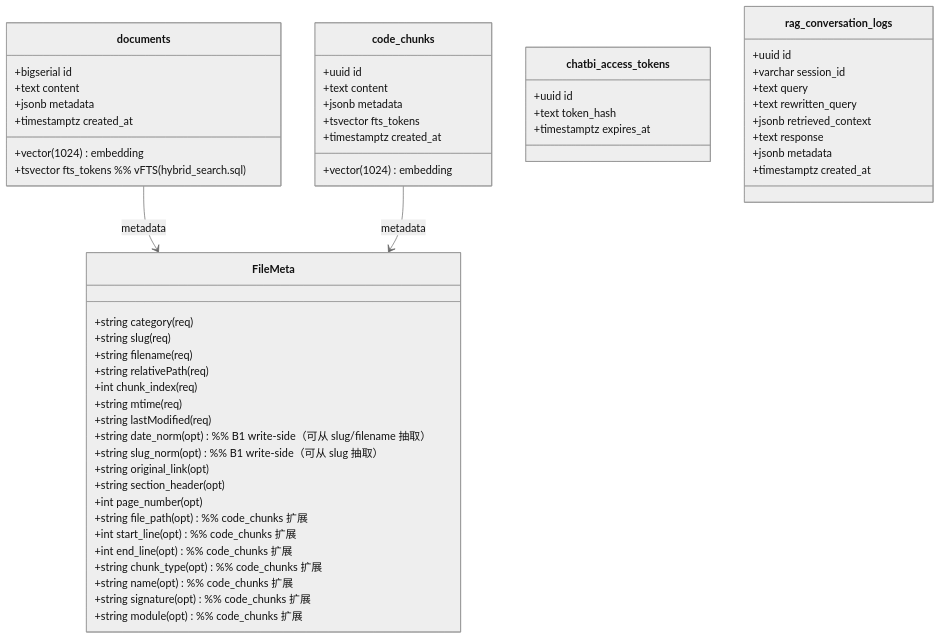
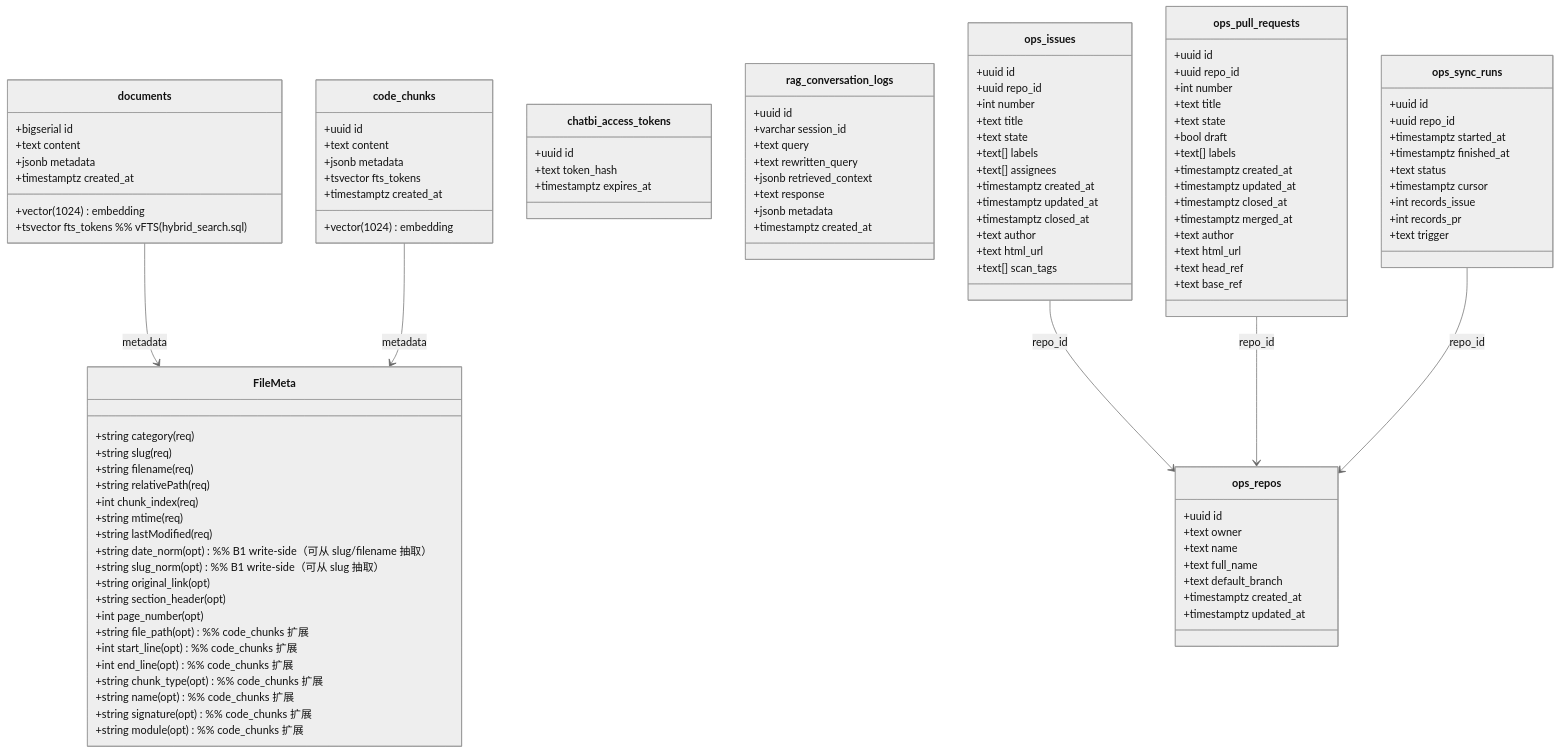
Before and after one commit to Cyning12/ai-ink-brain-api-python: the diagram in docs/_tech_graph/01_struct.md, drawn with Mermaid (neutral theme). The commit also changed 4 other files, not shown here.

First line of the commit message:
fix(ops-desk): P0-1 schema 测试兼容已建表环境 + tech-graph 同步

```diff
--- a/docs/_tech_graph/01_struct.md
+++ b/docs/_tech_graph/01_struct.md
@@ -37,6 +37,66 @@
     +timestamptz created_at
   }
 
+  class ops_repos {
+    +uuid id
+    +text owner
+    +text name
+    +text full_name
+    +text default_branch
+    +timestamptz created_at
+    +timestamptz updated_at
+  }
+
+  class ops_issues {
+    +uuid id
+    +uuid repo_id
+    +int number
+    +text title
+    +text state
+    +text[] labels
+    +text[] assignees
+    +timestamptz created_at
+    +timestamptz updated_at
+    +timestamptz closed_at
+    +text author
+    +text html_url
+    +text[] scan_tags
+  }
+
+  class ops_pull_requests {
+    +uuid id
+    +uuid repo_id
+    +int number
+    +text title
+    +text state
+    +bool draft
+    +text[] labels
+    +timestamptz created_at
+    +timestamptz updated_at
+    +timestamptz closed_at
+    +timestamptz merged_at
+    +text author
+    +text html_url
+    +text head_ref
+    +text base_ref
+  }
+
+  class ops_sync_runs {
+    +uuid id
+    +uuid repo_id
+    +timestamptz started_at
+    +timestamptz finished_at
+    +text status
+    +timestamptz cursor
+    +int records_issue
+    +int records_pr
+    +text trigger
+  }
+
+  ops_issues --> ops_repos : repo_id
+  ops_pull_requests --> ops_repos : repo_id
+  ops_sync_runs --> ops_repos : repo_id
+
   class FileMeta {
     +string category (req)
     +string slug (req)
```
